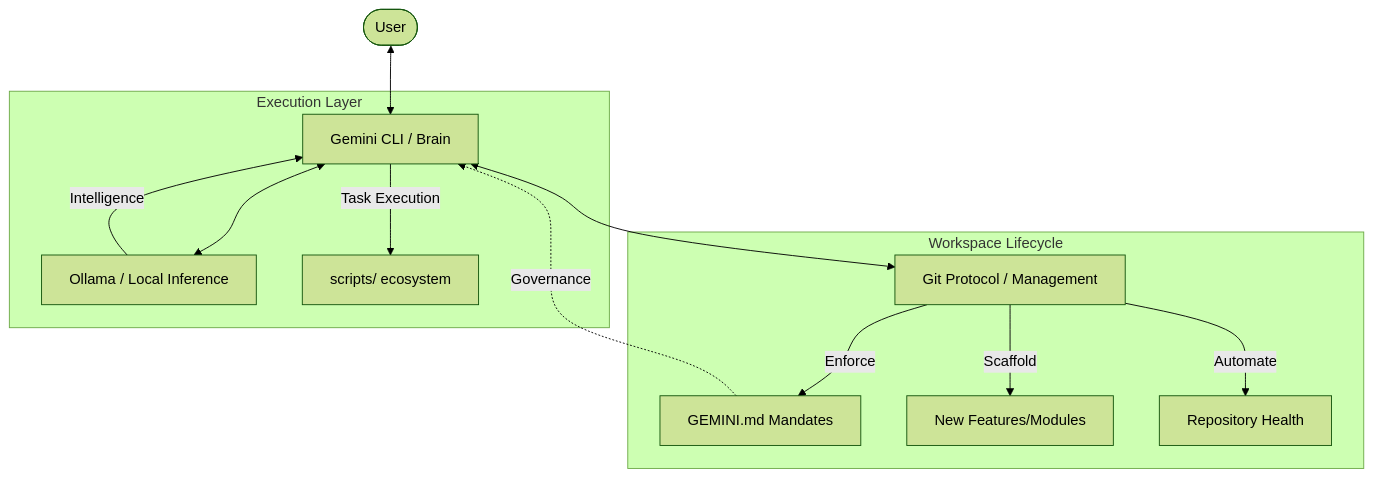
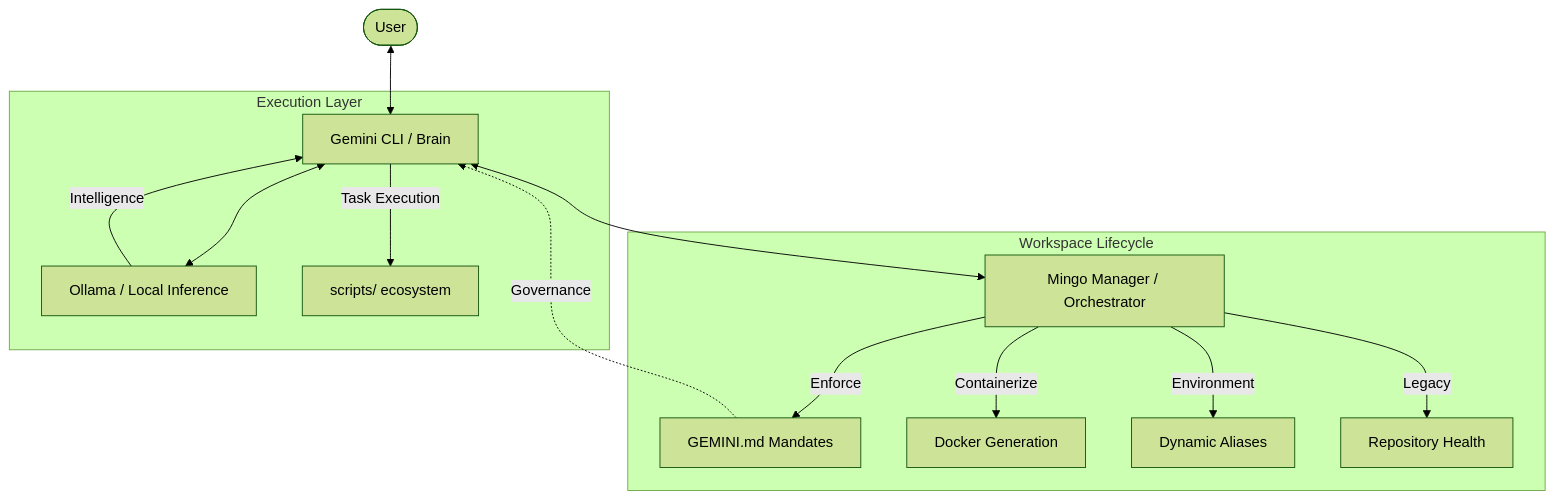
One commit to abelgarza/mingo-system changed the diagram in README.md. Above: the diagram before and after it, drawn with Mermaid (forest theme). The commit also changed other lines of this file and 3 other files, not shown here.

Commit message:
feat: Introduce `mingo-manager` for repository scaffolding, cloning, submodule management, and maintenance via a new `mingo` CLI.

````diff
--- a/README.md
+++ b/README.md
@@ -19,19 +19,20 @@
 ```mermaid
 graph TD
     User([User]) <--> CLI[Gemini CLI / Brain]
-    CLI <--> GP[Git Protocol / Management]
+    CLI <--> MM[Mingo Manager / Orchestrator]
     CLI <--> AI[Ollama / Local Inference]
     
     subgraph "Workspace Lifecycle"
-        GP --> |Enforce| Rules[GEMINI.md Mandates]
-        GP --> |Scaffold| New[New Features/Modules]
-        GP --> |Automate| Git[Repository Health]
+        MM --> |Enforce| Rules[GEMINI.md Mandates]
+        MM --> |Containerize| Docker[Docker Generation]
+        MM --> |Environment| Shell[Dynamic Aliases]
+        MM --> |Legacy| Git[Repository Health]
     end
     
     subgraph "Execution Layer"
         AI --> |Intelligence| CLI
         CLI --> |Task Execution| Scripts[scripts/ ecosystem]
     end
     
     Rules -.-> |Governance| CLI
 ```
````
